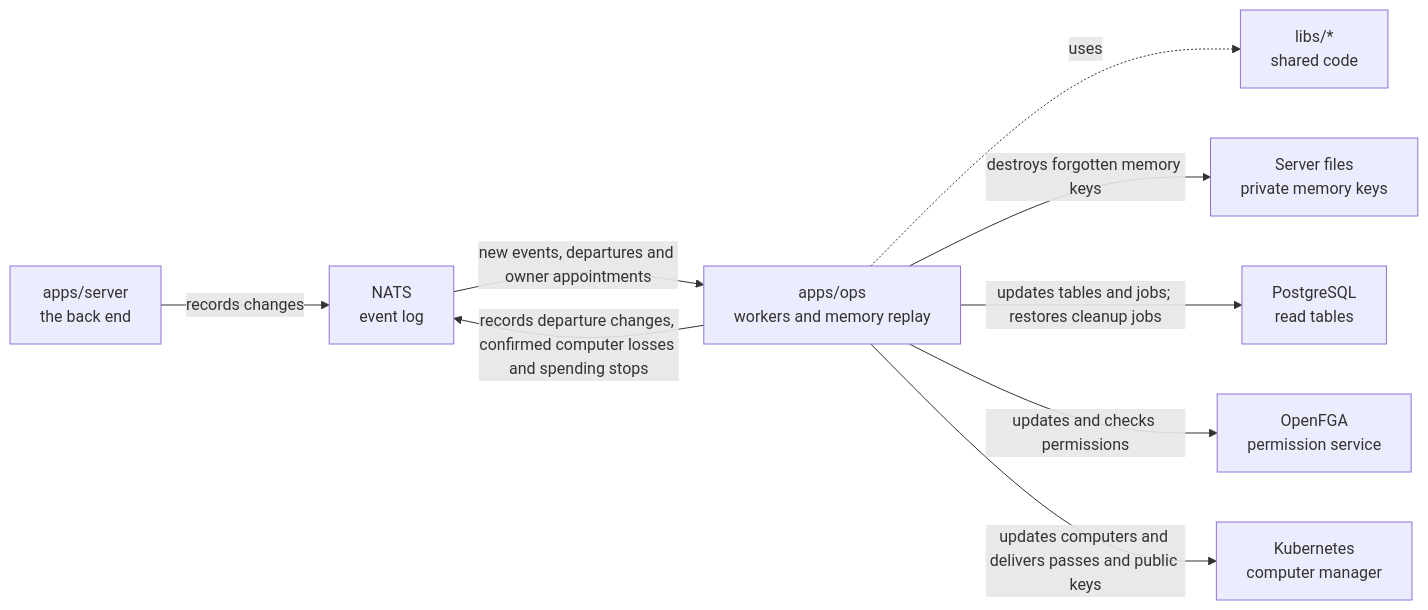
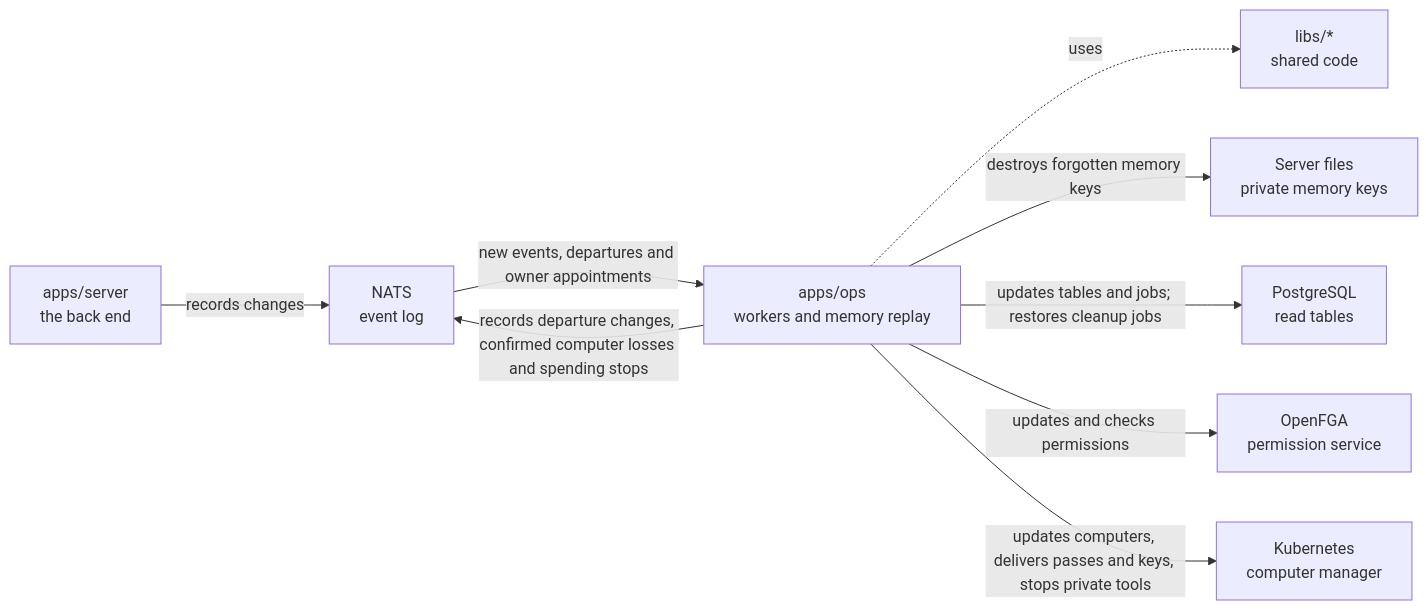
Before and after one commit to elewa-git/opencrane-new: the diagram in apps/ops/README.md, drawn with Mermaid. The commit also changed other lines of this file and 13 other files, not shown here.

````diff
--- a/apps/ops/README.md
+++ b/apps/ops/README.md
@@ -11,11 +11,11 @@
 ```mermaid
 flowchart LR
   server["apps/server<br/>the back end"] -->|records changes| nats["NATS<br/>event log"]
   nats -->|new events, departures and owner appointments| ops["apps/ops<br/>workers and memory replay"]
   ops -->|records departure changes, confirmed computer losses and spending stops| nats
   ops -.->|uses| libs["libs/*<br/>shared code"]
   ops -->|destroys forgotten memory keys| keys["Server files<br/>private memory keys"]
   ops -->|updates tables and jobs; restores cleanup jobs| postgres["PostgreSQL<br/>read tables"]
   ops -->|updates and checks permissions| fga["OpenFGA<br/>permission service"]
-  ops -->|updates computers and delivers passes and public keys| kube["Kubernetes<br/>computer manager"]
+  ops -->|updates computers, delivers passes and keys, stops private tools| kube["Kubernetes<br/>computer manager"]
 ```
````
